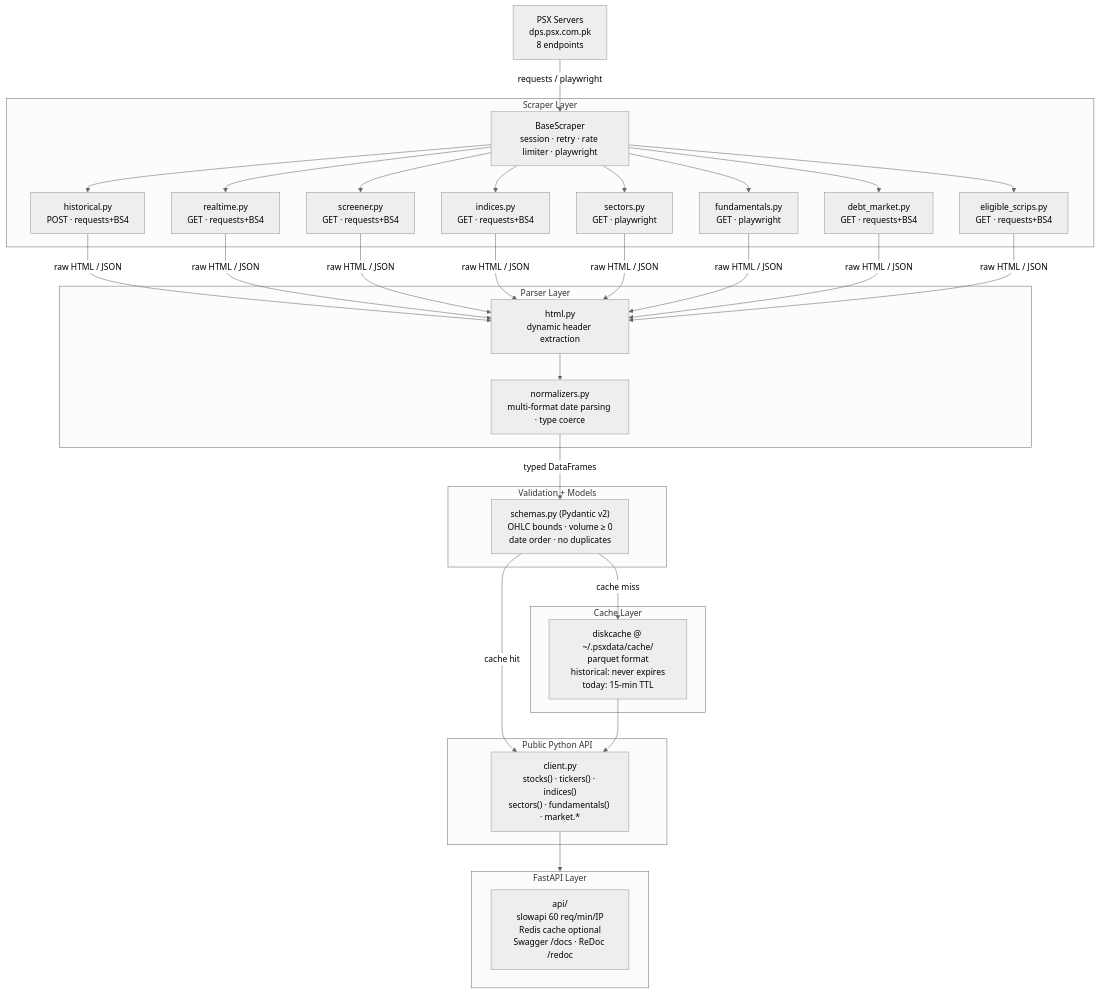
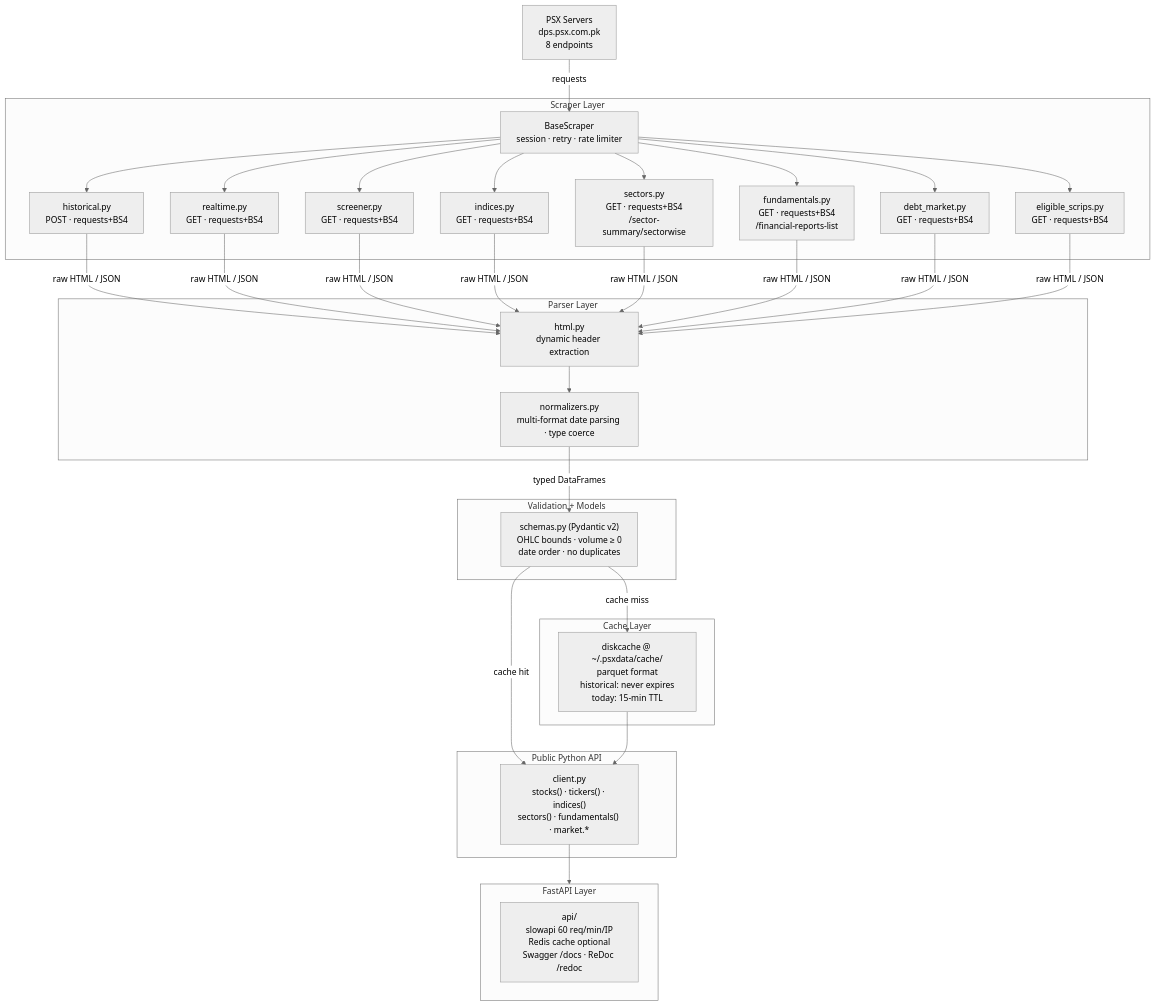
One commit to mtauha/psxdata changed the diagram in ARCHITECTURE.md. Above: the diagram before and after it, drawn with Mermaid (neutral theme). The commit also changed other lines of this file, not shown here.

First line of the commit message:
docs: update ARCHITECTURE.md — all scrapers use requests, Playwright removed from scraping

````diff
--- a/ARCHITECTURE.md
+++ b/ARCHITECTURE.md
@@ -11,47 +11,47 @@
 ```mermaid
 flowchart TD
     PSX["PSX Servers\ndps.psx.com.pk\n8 endpoints"]
 
     subgraph Scrapers["Scraper Layer"]
-        BASE["BaseScraper\nsession · retry · rate limiter · playwright"]
+        BASE["BaseScraper\nsession · retry · rate limiter"]
         H["historical.py\nPOST · requests+BS4"]
         RT["realtime.py\nGET · requests+BS4"]
         SC["screener.py\nGET · requests+BS4"]
         IX["indices.py\nGET · requests+BS4"]
-        SE["sectors.py\nGET · playwright"]
-        FU["fundamentals.py\nGET · playwright"]
+        SE["sectors.py\nGET · requests+BS4\n/sector-summary/sectorwise"]
+        FU["fundamentals.py\nGET · requests+BS4\n/financial-reports-list"]
         DM["debt_market.py\nGET · requests+BS4"]
         ES["eligible_scrips.py\nGET · requests+BS4"]
     end
 
     subgraph Parsers["Parser Layer"]
         HTML["html.py\ndynamic header extraction"]
         NORM["normalizers.py\nmulti-format date parsing · type coerce"]
     end
 
     subgraph Validation["Validation + Models"]
         VAL["schemas.py (Pydantic v2)\nOHLC bounds · volume ≥ 0\ndate order · no duplicates"]
     end
 
     subgraph Cache["Cache Layer"]
         DISK["diskcache @ ~/.psxdata/cache/\nparquet format\nhistorical: never expires\ntoday: 15-min TTL"]
     end
 
     subgraph PublicAPI["Public Python API"]
         CLIENT["client.py\nstocks() · tickers() · indices()\nsectors() · fundamentals() · market.*"]
     end
 
     subgraph FastAPI["FastAPI Layer"]
         API["api/\nslowapi 60 req/min/IP\nRedis cache optional\nSwagger /docs · ReDoc /redoc"]
     end
 
-    PSX -->|requests / playwright| BASE
+    PSX -->|requests| BASE
     BASE --> H & RT & SC & IX & SE & FU & DM & ES
     H & RT & SC & IX & SE & FU & DM & ES -->|raw HTML / JSON| HTML
     HTML --> NORM
     NORM -->|typed DataFrames| VAL
     VAL -->|cache miss| DISK
     VAL -->|cache hit| CLIENT
     DISK --> CLIENT
     CLIENT --> FastAPI
 ```
````
